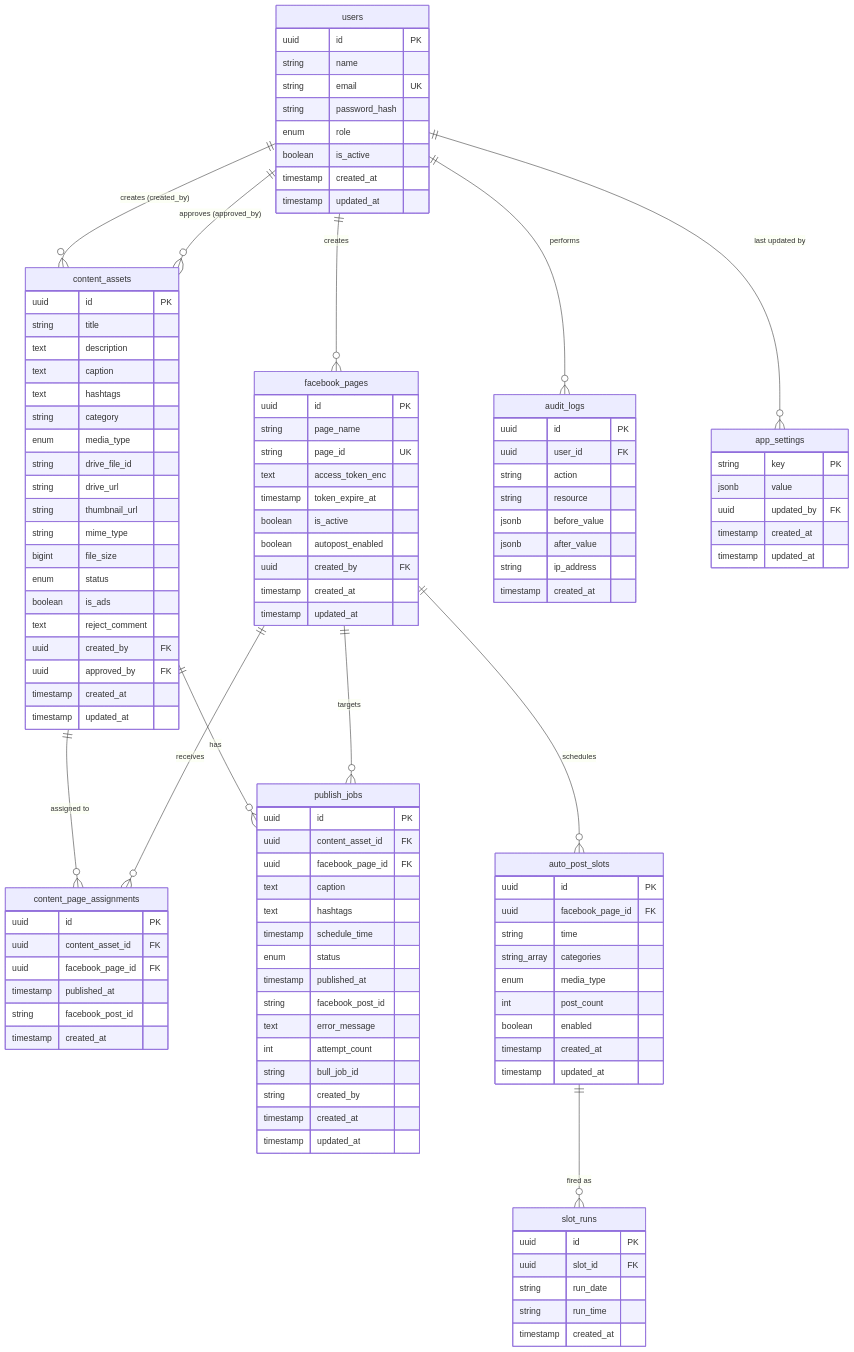
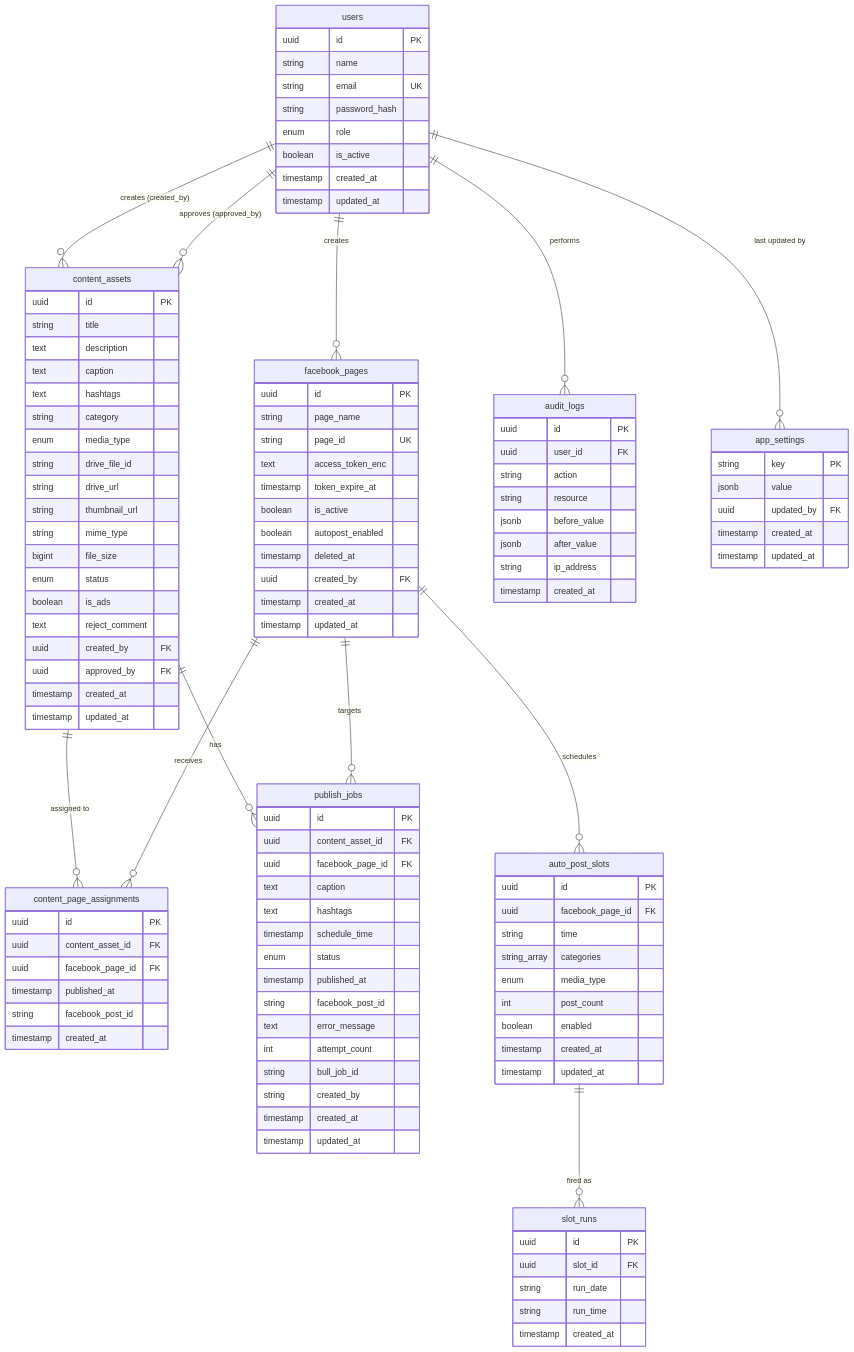
One commit to hieptvh18/auto-post-social changed the diagram in erd.md. Above: the diagram before and after it, drawn with Mermaid. The commit also changed other lines of this file and 50 other files, not shown here.

```diff
--- a/erd.md
+++ b/erd.md
@@ -44,6 +44,7 @@
         timestamp token_expire_at
         boolean is_active
         boolean autopost_enabled
+        timestamp deleted_at
         uuid created_by FK
         timestamp created_at
         timestamp updated_at
```
